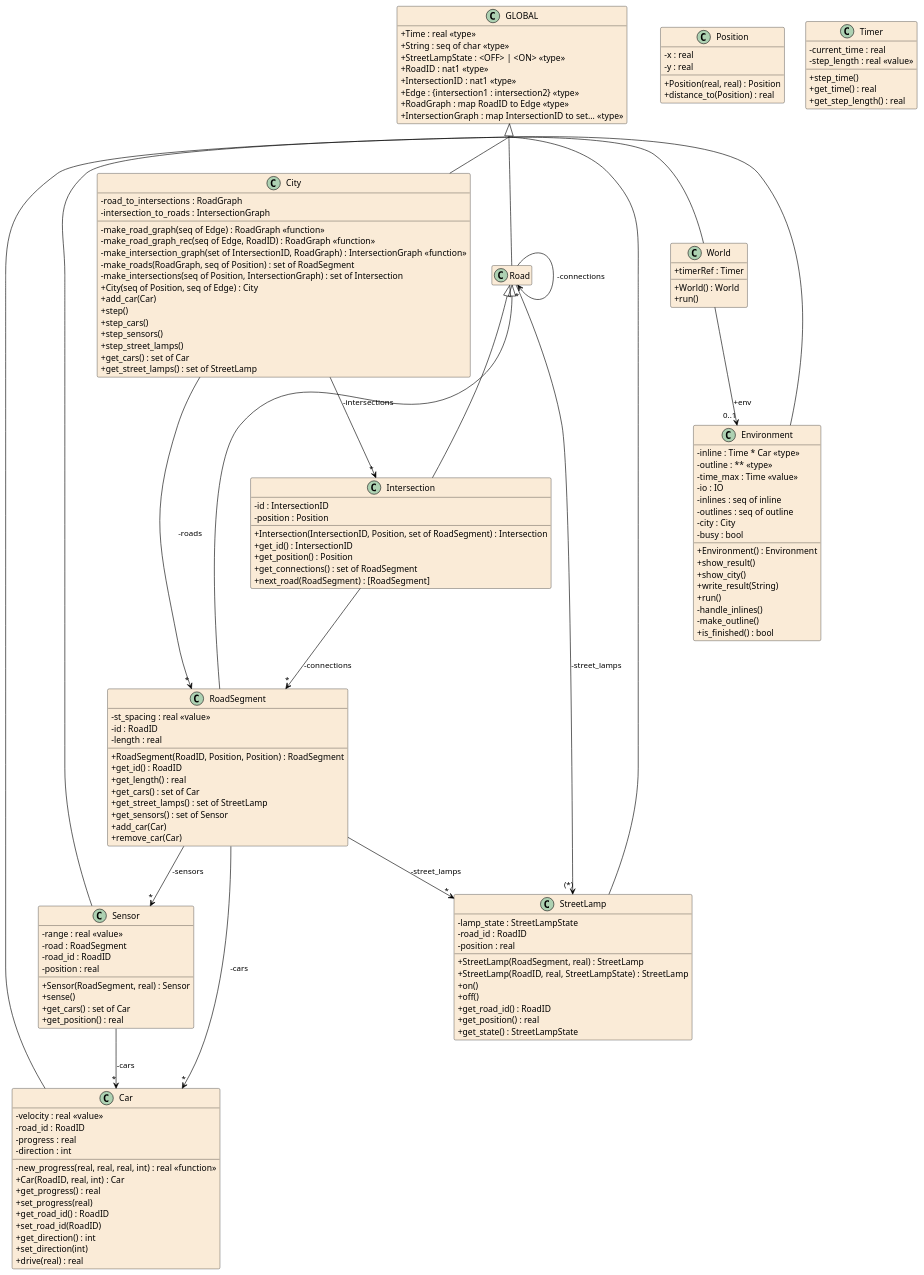
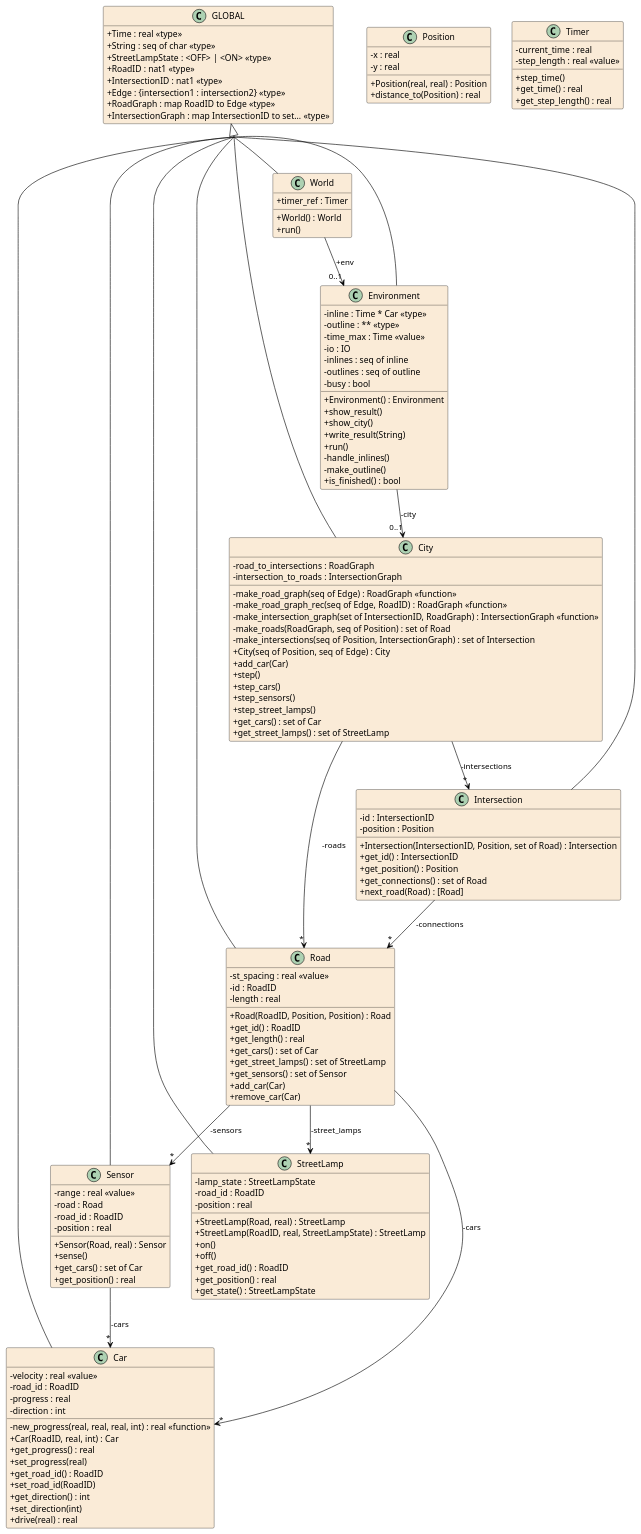
The diagram in .generated/vdm2uml/mcs-ambient-light.puml (JnsJensen/mcs-ambient-light), drawn with PlantUML before and after one commit. The commit also changed 12 other files, not shown here.

Commit message:
feat: Removed Road base cals and RoadSegment -> Road

```diff
--- a/.generated/vdm2uml/mcs-ambient-light.puml
+++ b/.generated/vdm2uml/mcs-ambient-light.puml
@@ -1,184 +1,176 @@
 @startuml mcs-ambient-light
 
 hide empty members
 skinparam Shadowing false
 skinparam classAttributeIconSize 0
 skinparam ClassBorderThickness 0.5
 skinparam groupInheritance 5
 skinparam class {
 	BackgroundColor AntiqueWhite
 	ArrowColor Black
 	BorderColor Black
 }
 skinparam defaultTextAlignment center
-
-
-class Road
-{
-}
-
-class Position
-{
-	-x : real
-	-y : real
-	+Position(real, real) : Position
-	+distance_to(Position) : real
-}
-
-class GLOBAL
-{
-	+Time : real <<type>>
-	+String : seq of char <<type>>
-	+StreetLampState : <OFF> | <ON> <<type>>
-	+RoadID : nat1 <<type>>
-	+IntersectionID : nat1 <<type>>
-	+Edge : {intersection1 : intersection2} <<type>>
-	+RoadGraph : map RoadID to Edge <<type>>
-	+IntersectionGraph : map IntersectionID to set... <<type>>
-}
-
-class Intersection
-{
-	-id : IntersectionID
-	-position : Position
-	+Intersection(IntersectionID, Position, set of RoadSegment) : Intersection
-	+get_id() : IntersectionID
-	+get_position() : Position
-	+get_connections() : set of RoadSegment
-	+next_road(RoadSegment) : [RoadSegment]
-}
-
-class Timer
-{
-	-current_time : real
-	-step_length : real <<value>>
-	+step_time()
-	+get_time() : real
-	+get_step_length() : real
-}
-
-class World
-{
-	+timerRef : Timer
-	+World() : World
-	+run()
-}
 
 class Car
 {
 	-velocity : real <<value>>
 	-road_id : RoadID
 	-progress : real
 	-direction : int
 	-new_progress(real, real, real, int) : real <<function>>
 	+Car(RoadID, real, int) : Car
 	+get_progress() : real
 	+set_progress(real)
 	+get_road_id() : RoadID
 	+set_road_id(RoadID)
 	+get_direction() : int
 	+set_direction(int)
 	+drive(real) : real
 }
 
 class City
 {
 	-road_to_intersections : RoadGraph
 	-intersection_to_roads : IntersectionGraph
 	-make_road_graph(seq of Edge) : RoadGraph <<function>>
 	-make_road_graph_rec(seq of Edge, RoadID) : RoadGraph <<function>>
 	-make_intersection_graph(set of IntersectionID, RoadGraph) : IntersectionGraph <<function>>
-	-make_roads(RoadGraph, seq of Position) : set of RoadSegment
+	-make_roads(RoadGraph, seq of Position) : set of Road
 	-make_intersections(seq of Position, IntersectionGraph) : set of Intersection
 	+City(seq of Position, seq of Edge) : City
 	+add_car(Car)
 	+step()
 	+step_cars()
 	+step_sensors()
 	+step_street_lamps()
 	+get_cars() : set of Car
 	+get_street_lamps() : set of StreetLamp
 }
 
 class Environment
 {
 	-inline : Time * Car <<type>>
 	-outline : ** <<type>>
 	-time_max : Time <<value>>
 	-io : IO
 	-inlines : seq of inline
 	-outlines : seq of outline
-	-city : City
 	-busy : bool
 	+Environment() : Environment
 	+show_result()
 	+show_city()
 	+write_result(String)
 	+run()
 	-handle_inlines()
 	-make_outline()
 	+is_finished() : bool
 }
 
-class RoadSegment
+class GLOBAL
+{
+	+Time : real <<type>>
+	+String : seq of char <<type>>
+	+StreetLampState : <OFF> | <ON> <<type>>
+	+RoadID : nat1 <<type>>
+	+IntersectionID : nat1 <<type>>
+	+Edge : {intersection1 : intersection2} <<type>>
+	+RoadGraph : map RoadID to Edge <<type>>
+	+IntersectionGraph : map IntersectionID to set... <<type>>
+}
+
+class Intersection
+{
+	-id : IntersectionID
+	-position : Position
+	+Intersection(IntersectionID, Position, set of Road) : Intersection
+	+get_id() : IntersectionID
+	+get_position() : Position
+	+get_connections() : set of Road
+	+next_road(Road) : [Road]
+}
+
+class Position
+{
+	-x : real
+	-y : real
+	+Position(real, real) : Position
+	+distance_to(Position) : real
+}
+
+class Road
 {
 	-st_spacing : real <<value>>
 	-id : RoadID
 	-length : real
-	+RoadSegment(RoadID, Position, Position) : RoadSegment
+	+Road(RoadID, Position, Position) : Road
 	+get_id() : RoadID
 	+get_length() : real
 	+get_cars() : set of Car
 	+get_street_lamps() : set of StreetLamp
 	+get_sensors() : set of Sensor
 	+add_car(Car)
 	+remove_car(Car)
 }
 
 class Sensor
 {
 	-range : real <<value>>
-	-road : RoadSegment
+	-road : Road
 	-road_id : RoadID
 	-position : real
-	+Sensor(RoadSegment, real) : Sensor
+	+Sensor(Road, real) : Sensor
 	+sense()
 	+get_cars() : set of Car
 	+get_position() : real
 }
 
 class StreetLamp
 {
 	-lamp_state : StreetLampState
 	-road_id : RoadID
 	-position : real
-	+StreetLamp(RoadSegment, real) : StreetLamp
+	+StreetLamp(Road, real) : StreetLamp
 	+StreetLamp(RoadID, real, StreetLampState) : StreetLamp
 	+on()
 	+off()
 	+get_road_id() : RoadID
 	+get_position() : real
 	+get_state() : StreetLampState
 }
 
-Road --> "(*)" StreetLamp : -street_lamps
-Road --> "*" Road : -connections
-GLOBAL <|-- Road
-Intersection --> "*" RoadSegment : -connections
-Road <|-- Intersection
-World --> "0..1" Environment : +env
-GLOBAL <|-- World
+class Timer
+{
+	-current_time : real
+	-step_length : real <<value>>
+	+step_time()
+	+get_time() : real
+	+get_step_length() : real
+}
+
+class World
+{
+	+timer_ref : Timer
+	+World() : World
+	+run()
+}
+
+Environment --> "0..1" City : -city
 GLOBAL <|-- Car
 City --> "*" Intersection : -intersections
-City --> "*" RoadSegment : -roads
+City --> "*" Road : -roads
 GLOBAL <|-- City
 GLOBAL <|-- Environment
-RoadSegment --> "*" Car : -cars
-RoadSegment --> "*" StreetLamp : -street_lamps
-RoadSegment --> "*" Sensor : -sensors
-Road <|-- RoadSegment
+Intersection --> "*" Road : -connections
+GLOBAL <|-- Intersection
+Road --> "*" Car : -cars
+Road --> "*" StreetLamp : -street_lamps
+Road --> "*" Sensor : -sensors
+GLOBAL <|-- Road
 Sensor --> "*" Car : -cars
 GLOBAL <|-- Sensor
 GLOBAL <|-- StreetLamp
+World --> "0..1" Environment : +env
+GLOBAL <|-- World
 
 @enduml
```
